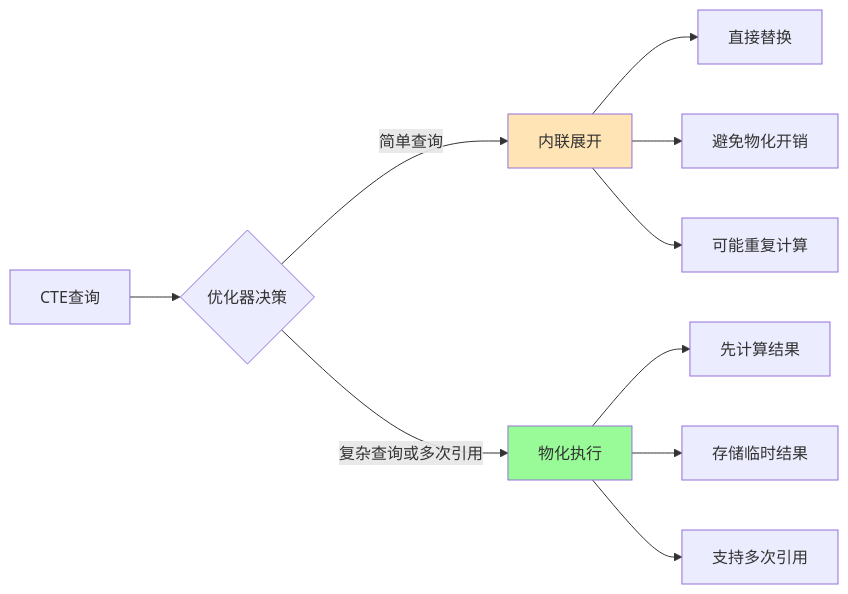
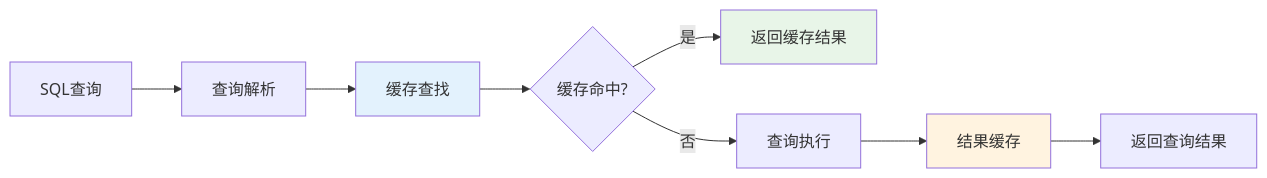
Before and after one commit to crazypenguincode/duckdb: the fifth of 9 diagrams in md/第二章-相关背景与理论基础.md, drawn with Mermaid. The commit also changed other lines of this file and 361 other files, not shown here.

````diff
--- a/md/第二章-相关背景与理论基础.md
+++ b/md/第二章-相关背景与理论基础.md
@@ -365,18 +353,14 @@
 ```mermaid
 graph LR
-    A[CTE查询] --> B{优化器决策}
+    A[SQL查询] --> B[查询解析]
+    B --> C[缓存查找]
+    C --> D{缓存命中?}
+    D --> |是| E[返回缓存结果]
+    D --> |否| F[查询执行]
+    F --> G[结果缓存]
+    G --> H[返回查询结果]
     
-    B -->|简单查询| C[内联展开]
-    B -->|复杂查询或多次引用| D[物化执行]
-    
-    C --> C1[直接替换]
-    C --> C2[避免物化开销]
-    C --> C3[可能重复计算]
-    
-    D --> D1[先计算结果]
-    D --> D2[存储临时结果]
-    D --> D3[支持多次引用]
-    
-    style C fill:#FFE4B5
-    style D fill:#98FB98
+    style C fill:#e3f2fd
+    style E fill:#e8f5e8
+    style G fill:#fff3e0
 ```
````
